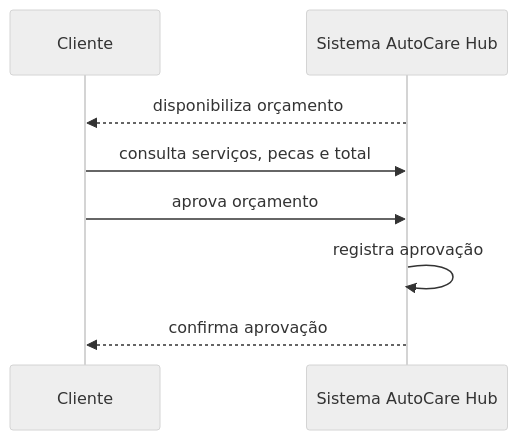
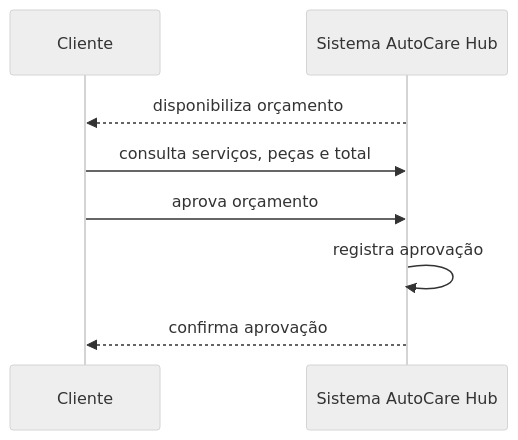
One commit to yxsbx/SOAT-FIAP changed the second of 4 diagrams in docs/DOMAIN_STORYTELLING.md. Above: the diagram before and after it, drawn with Mermaid (neutral theme). The commit also changed other lines of this file and 13 other files, not shown here.

````diff
--- a/docs/DOMAIN_STORYTELLING.md
+++ b/docs/DOMAIN_STORYTELLING.md
@@ -136,11 +139,11 @@
 ```mermaid
 sequenceDiagram
     participant Cliente
     participant Sistema as Sistema AutoCare Hub
 
     Sistema-->>Cliente: disponibiliza orçamento
-    Cliente->>Sistema: consulta serviços, pecas e total
+    Cliente->>Sistema: consulta serviços, peças e total
     Cliente->>Sistema: aprova orçamento
     Sistema->>Sistema: registra aprovação
     Sistema-->>Cliente: confirma aprovação
 ```
````
